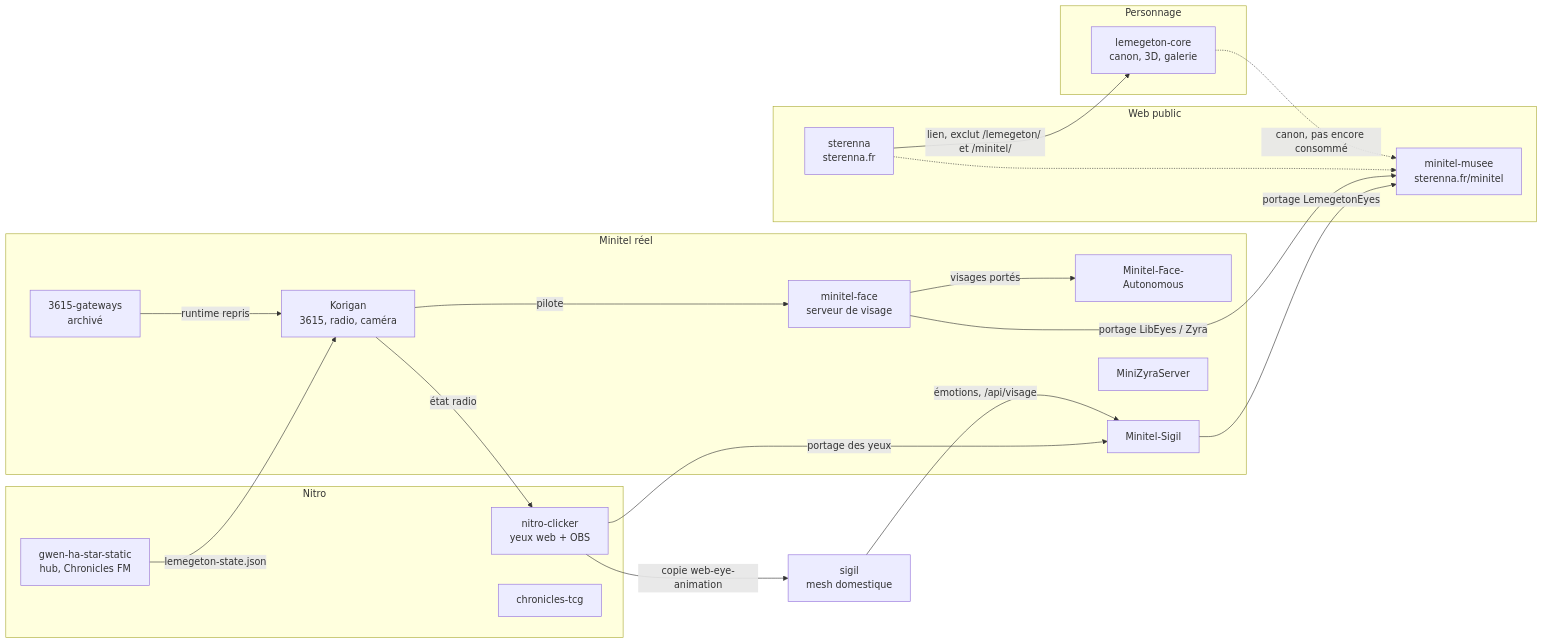
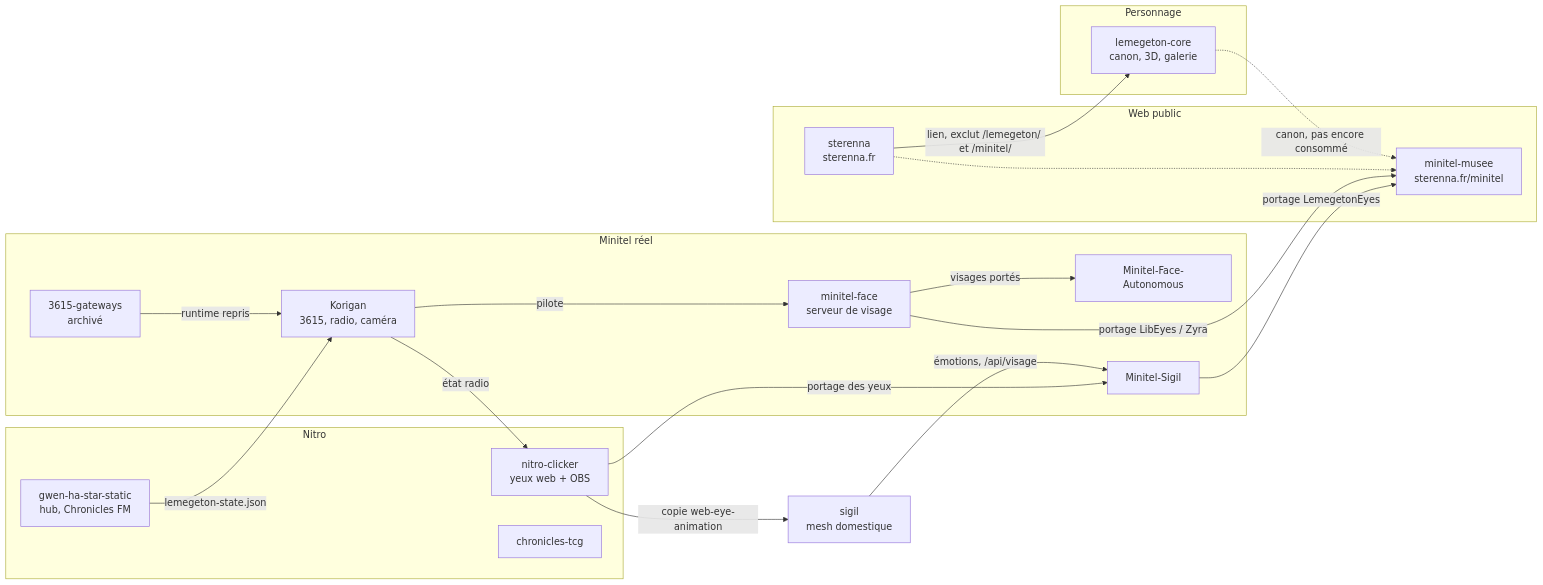
The diagram in 08_AUDIT/AUDIT_ECOSYSTEME_2026-10-14.md (Sterenna-studio/lemegeton), drawn with Mermaid before and after one commit. The commit also changed other lines of this file, not shown here.

Commit message:
docs: MiniZyraServer sort du périmètre, chantier « serveurs Minitel » ouvert

````diff
--- a/08_AUDIT/AUDIT_ECOSYSTEME_2026-10-14.md
+++ b/08_AUDIT/AUDIT_ECOSYSTEME_2026-10-14.md
@@ -15,38 +15,37 @@
 ```mermaid
 flowchart LR
   subgraph Personnage
     CORE[lemegeton-core<br/>canon, 3D, galerie]
   end
   subgraph Web public
     MUSEE[minitel-musee<br/>sterenna.fr/minitel]
     STER[sterenna<br/>sterenna.fr]
   end
   subgraph Nitro
     CLICK[nitro-clicker<br/>yeux web + OBS]
     GWEN[gwen-ha-star-static<br/>hub, Chronicles FM]
     TCG[chronicles-tcg]
   end
   subgraph Minitel réel
     FACE[minitel-face<br/>serveur de visage]
     AUTO[Minitel-Face-Autonomous]
     MSIG[Minitel-Sigil]
     GW[3615-gateways<br/>archivé]
     KOR[Korigan<br/>3615, radio, caméra]
-    MZ[MiniZyraServer]
   end
   SIGIL[sigil<br/>mesh domestique]
 
   CLICK -- copie web-eye-animation --> SIGIL
   CLICK -- portage des yeux --> MSIG
   MSIG -- portage LemegetonEyes --> MUSEE
   FACE -- portage LibEyes / Zyra --> MUSEE
   FACE -- visages portés --> AUTO
   GW -- runtime repris --> KOR
   KOR -- pilote --> FACE
   SIGIL -- émotions, /api/visage --> MSIG
   GWEN -- lemegeton-state.json --> KOR
   KOR -- état radio --> CLICK
   STER -- lien, exclut /lemegeton/ et /minitel/ --> CORE
   STER -.-> MUSEE
   CORE -. canon, pas encore consommé .-> MUSEE
 ```
````
